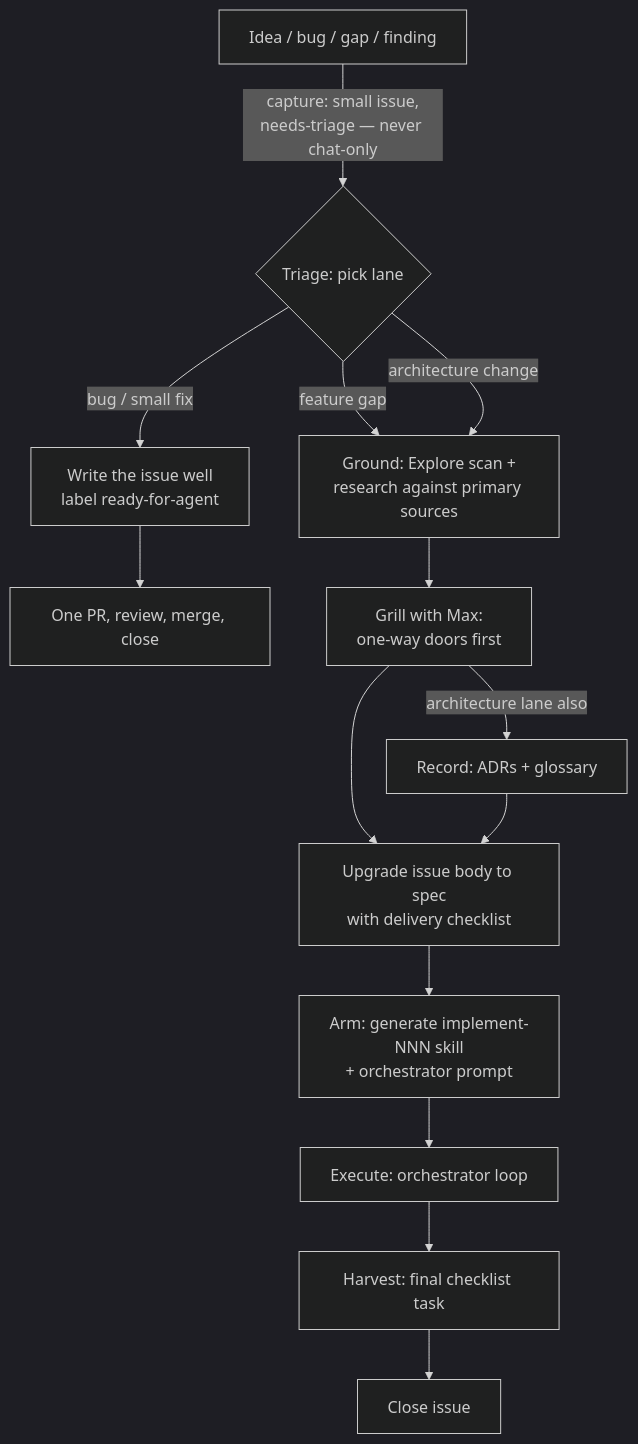
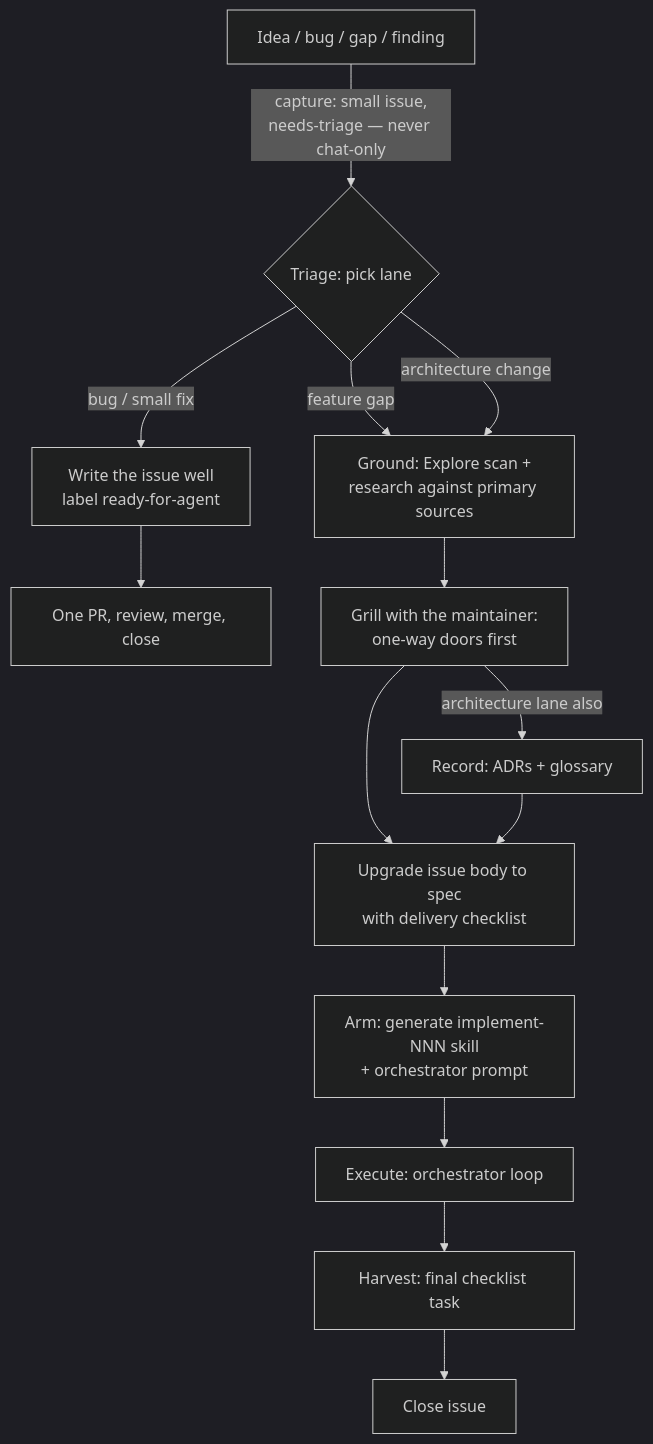
Before and after one commit to taxmaxi/taxmaxi: the first of 3 diagrams in docs/agents/delivery-process.md, drawn with Mermaid (dark theme). The commit also changed other lines of this file and 13 other files, not shown here.

````diff
--- a/docs/agents/delivery-process.md
+++ b/docs/agents/delivery-process.md
@@ -44,16 +44,16 @@
 ```mermaid
 flowchart TD
     A[Idea / bug / gap / finding] -->|"capture: small issue,\nneeds-triage — never chat-only"| B{Triage: pick lane}
     B -->|bug / small fix| C[Write the issue well\nlabel ready-for-agent]
     C --> D[One PR, review, merge, close]
     B -->|feature gap| E[Ground: Explore scan +\nresearch against primary sources]
     B -->|architecture change| E
-    E --> F[Grill with Max:\none-way doors first]
+    E --> F[Grill with the maintainer:\none-way doors first]
     F -->|architecture lane also| G[Record: ADRs + glossary]
     F --> H[Upgrade issue body to spec\nwith delivery checklist]
     G --> H
     H --> I[Arm: generate implement-NNN skill\n+ orchestrator prompt]
     I --> J[Execute: orchestrator loop]
     J --> K[Harvest: final checklist task]
     K --> L[Close issue]
 ```
````
